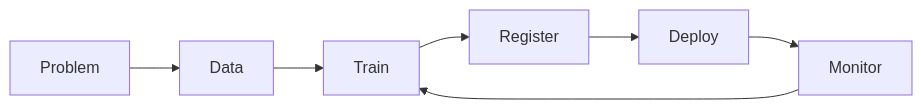
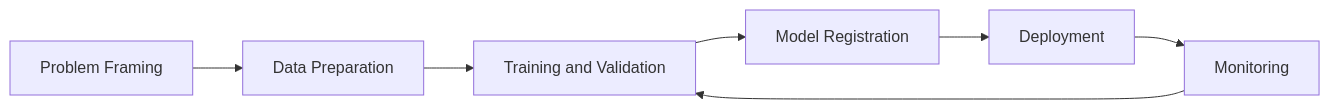
The first of 2 diagrams in docs/modules/00-introduction.md (Cloud2BR-MSFTLearningHub/Azure-ML-Advanced), drawn with Mermaid before and after one commit. The commit also changed other lines of this file and 14 other files, not shown here.

Commit message:
Expand all modules: worked examples, code snippets, deeper context, diagrams, and reference tables

````diff
--- a/docs/modules/00-introduction.md
+++ b/docs/modules/00-introduction.md
@@ -35,9 +107,9 @@
 ```mermaid
 flowchart LR
-  A[Problem] --> B[Data]
-  B --> C[Train]
-  C --> D[Register]
-  D --> E[Deploy]
-  E --> F[Monitor]
+  A[Problem Framing] --> B[Data Preparation]
+  B --> C[Training and Validation]
+  C --> D[Model Registration]
+  D --> E[Deployment]
+  E --> F[Monitoring]
   F --> C
 ```
````
